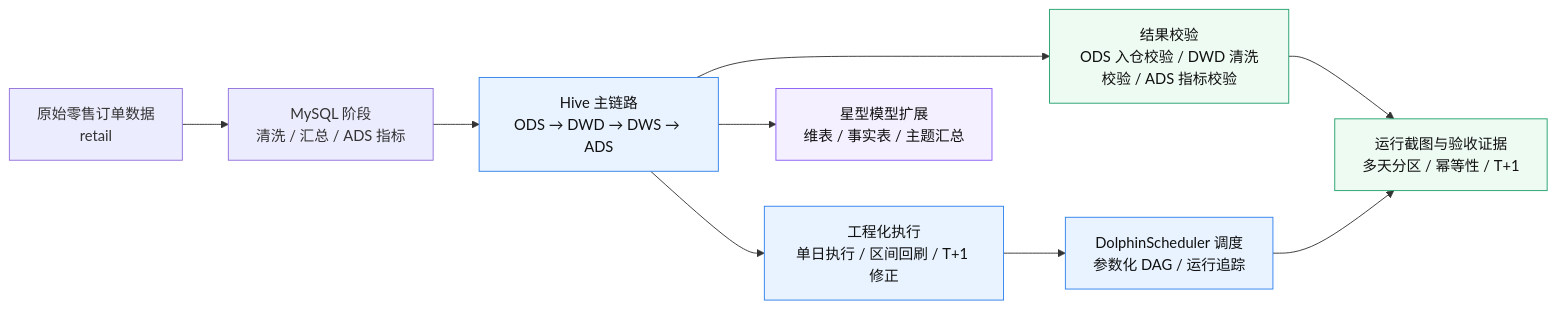
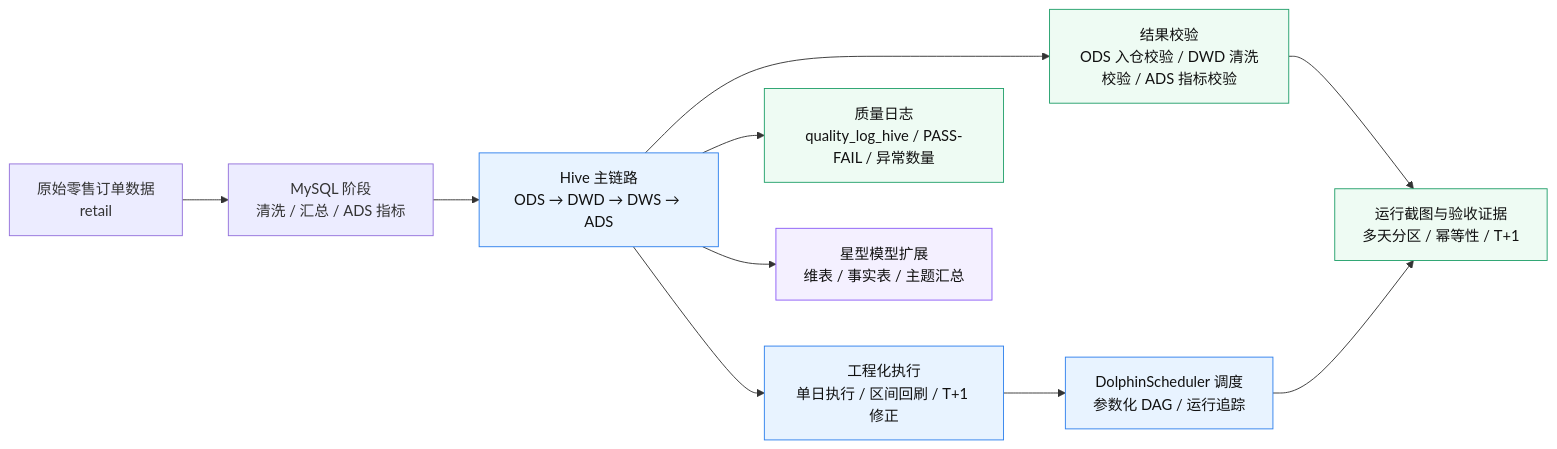
The first of 2 diagrams in README.md (2026heita/retail_project), drawn with Mermaid before and after one commit. The commit also changed other lines of this file and 11 other files, not shown here.

Commit message:
docs: add lightweight BI dashboard and quality log updates

````diff
--- a/README.md
+++ b/README.md
@@ -21,18 +21,19 @@
 ```mermaid
 flowchart LR
     A["原始零售订单数据<br/>retail"] --> B["MySQL 阶段<br/>清洗 / 汇总 / ADS 指标"]
     B --> C["Hive 主链路<br/>ODS → DWD → DWS → ADS"]
     C --> D["工程化执行<br/>单日执行 / 区间回刷 / T+1 修正"]
     D --> E["DolphinScheduler 调度<br/>参数化 DAG / 运行追踪"]
     C --> F["结果校验<br/>ODS 入仓校验 / DWD 清洗校验 / ADS 指标校验"]
+    C --> Q["质量日志<br/>quality_log_hive / PASS-FAIL / 异常数量"]
     C --> G["星型模型扩展<br/>维表 / 事实表 / 主题汇总"]
     F --> H["运行截图与验收证据<br/>多天分区 / 幂等性 / T+1"]
     E --> H
 
     classDef core fill:#e8f3ff,stroke:#2f80ed,stroke-width:1px,color:#111;
     classDef extend fill:#f4f0ff,stroke:#8b5cf6,stroke-width:1px,color:#111;
     classDef check fill:#eefbf3,stroke:#22a06b,stroke-width:1px,color:#111;
     class C,D,E core;
     class G extend;
-    class F,H check;
+    class F,H,Q check;
 ```
````
